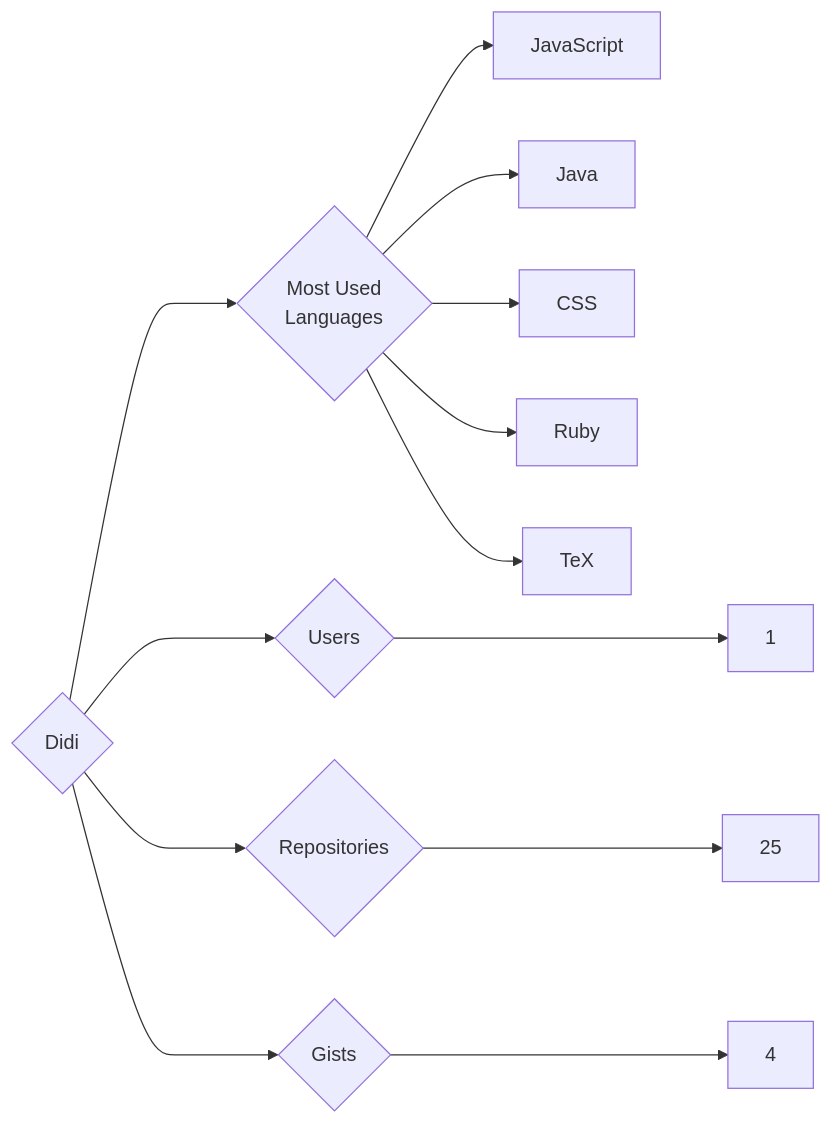
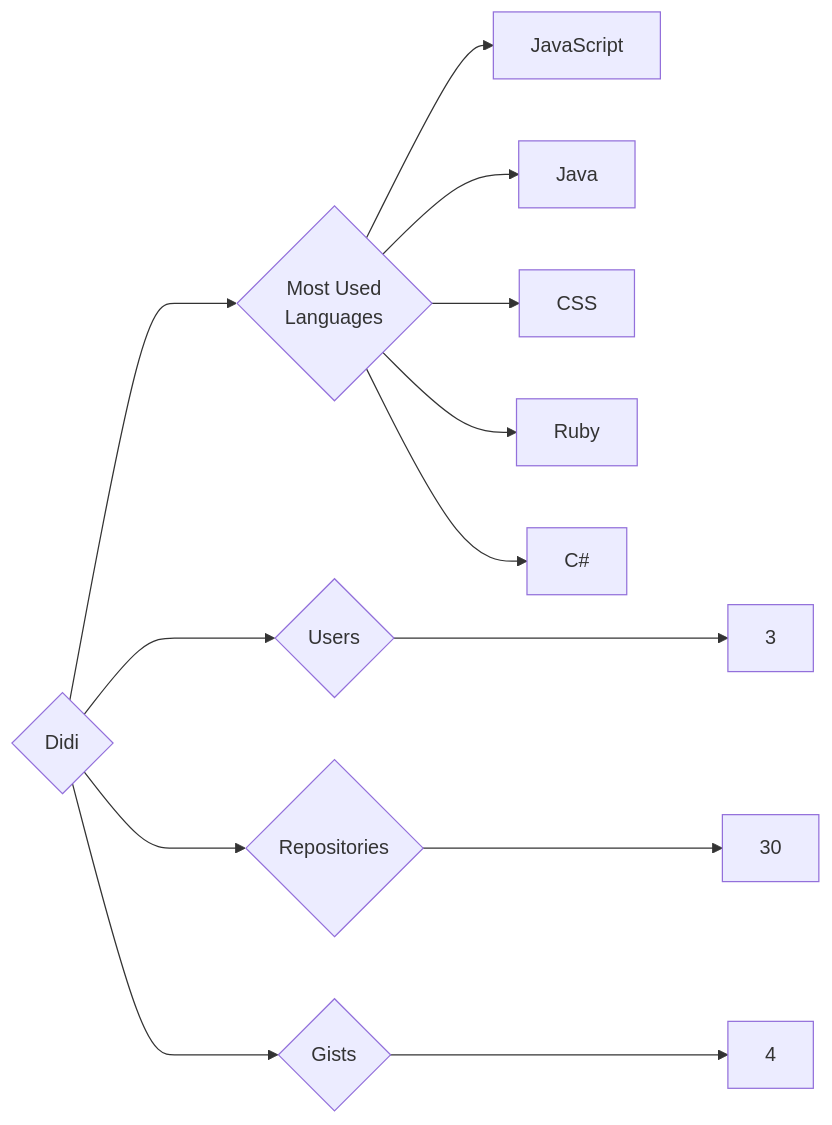
Before and after one commit to trickest/insiders: the diagram in targets/Didi/README.md, drawn with Mermaid. The commit also changed 1148 other files, not shown here.

````diff
--- a/targets/Didi/README.md
+++ b/targets/Didi/README.md
@@ -3,13 +3,13 @@
 ```mermaid
 graph LR
 COMPANY_NAME{Didi}
-COMPANY_NAME ---> U{Users} ---> UN[1]
-COMPANY_NAME ---> R{Repositories} ---> RN[25]
+COMPANY_NAME ---> U{Users} ---> UN[3]
+COMPANY_NAME ---> R{Repositories} ---> RN[30]
 COMPANY_NAME ---> G{Gists} ---> GN[4]
 COMPANY_NAME ---> ML{Most Used<br>Languages}
 ML --> JavaScript[JavaScript]
 ML --> Java[Java]
 ML --> CSS[CSS]
 ML --> Ruby[Ruby]
-ML --> TeX[TeX]
+ML --> C#[C#]
 ```
````
